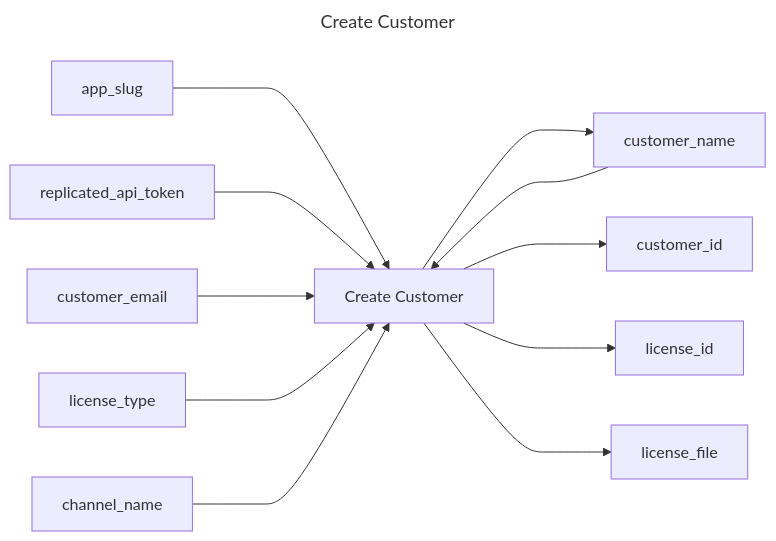
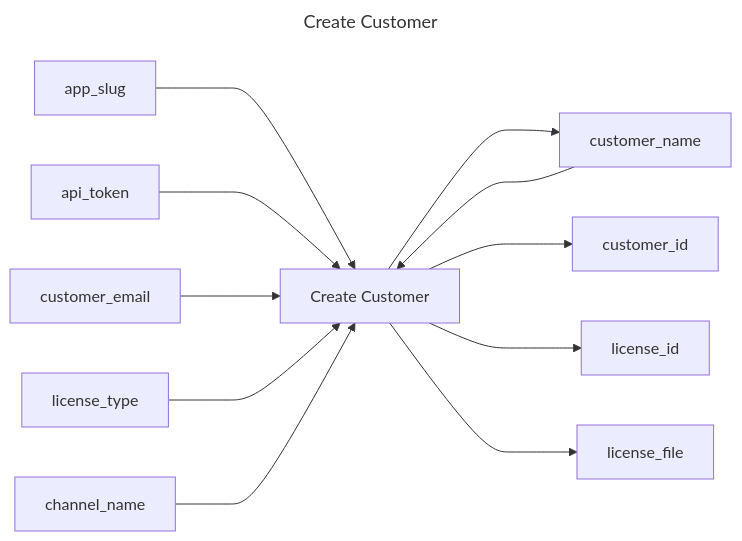
Before and after one commit to replicatedhq/replicated-actions: the diagram in create-customer/README.md, drawn with Mermaid. The commit also changed other lines of this file and 40 other files, not shown here.

Commit message:
Renaming replicated-api-token to api-token

````diff
--- a/create-customer/README.md
+++ b/create-customer/README.md
@@ -3,17 +3,17 @@
 ```mermaid
 ---
 title: Create Customer
 ---
 graph LR
 create_customer["Create Customer"]
 app_slug ---> create_customer
-replicated_api_token ---> create_customer
+api_token ---> create_customer
 customer_name ---> create_customer
 customer_email ---> create_customer
 license_type ---> create_customer
 channel_name ---> create_customer
 create_customer ---> customer_name
 create_customer ---> customer_id
 create_customer ---> license_id
 create_customer ---> license_file
 ```
````
